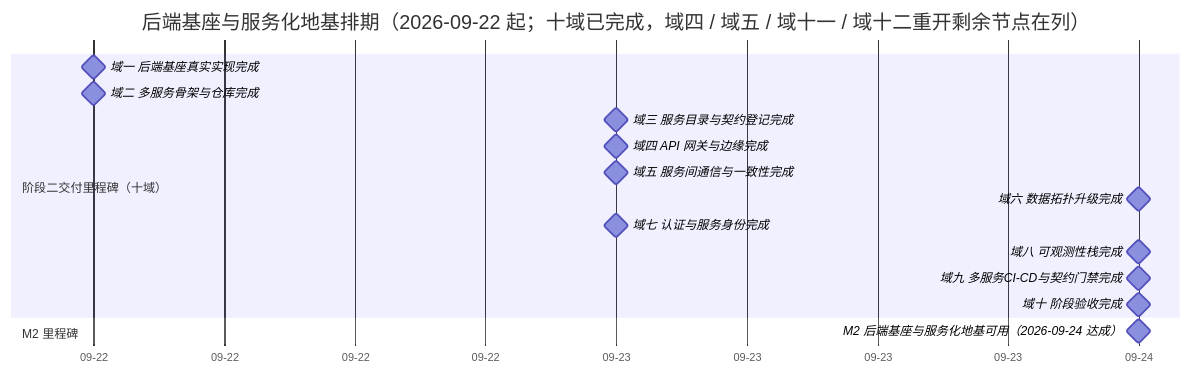
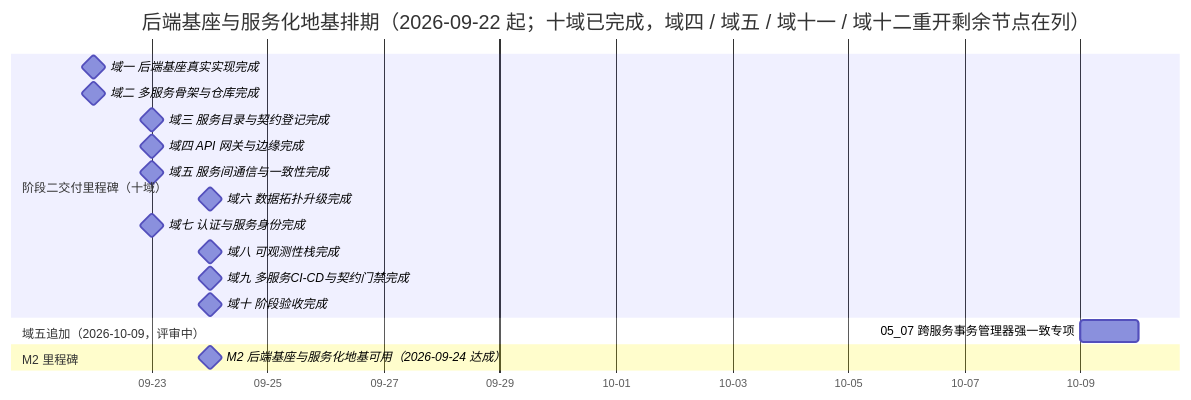
The diagram in bms文档/项目/02_后端基座与服务化地基/计划/01_计划_后端基座与服务化地基.md (minjian123/basic-management-system), drawn with Mermaid before and after one commit. The commit also changed other lines of this file and 9 other files, not shown here.

````diff
--- a/bms文档/项目/02_后端基座与服务化地基/计划/01_计划_后端基座与服务化地基.md
+++ b/bms文档/项目/02_后端基座与服务化地基/计划/01_计划_后端基座与服务化地基.md
@@ -72,19 +74,21 @@
 ```mermaid
 gantt
     title 后端基座与服务化地基排期（2026-09-22 起；十域已完成，域四 / 域五 / 域十一 / 域十二重开剩余节点在列）
     dateFormat  YYYY-MM-DD
     axisFormat %m-%d
     section 阶段二交付里程碑（十域）
     域一 后端基座真实实现完成 :milestone, m01, 2026-09-22, 0d
     域二 多服务骨架与仓库完成 :milestone, m02, 2026-09-22, 0d
     域三 服务目录与契约登记完成 :milestone, m03, 2026-09-23, 0d
     域四 API 网关与边缘完成 :milestone, m04, 2026-09-23, 0d
     域五 服务间通信与一致性完成 :milestone, m05, 2026-09-23, 0d
     域六 数据拓扑升级完成 :milestone, m06, 2026-09-24, 0d
     域七 认证与服务身份完成 :milestone, m07, 2026-09-23, 0d
     域八 可观测性栈完成 :milestone, m08, 2026-09-24, 0d
     域九 多服务CI-CD与契约门禁完成 :milestone, m09, 2026-09-24, 0d
     域十 阶段验收完成 :milestone, m10, 2026-09-24, 0d
+    section 域五追加（2026-10-09，评审中）
+    05_07 跨服务事务管理器强一致专项 :t0507, 2026-10-09, 1d
     section M2 里程碑
     M2 后端基座与服务化地基可用（2026-09-24 达成） :milestone, mm2, 2026-09-24, 0d
 ```
````
